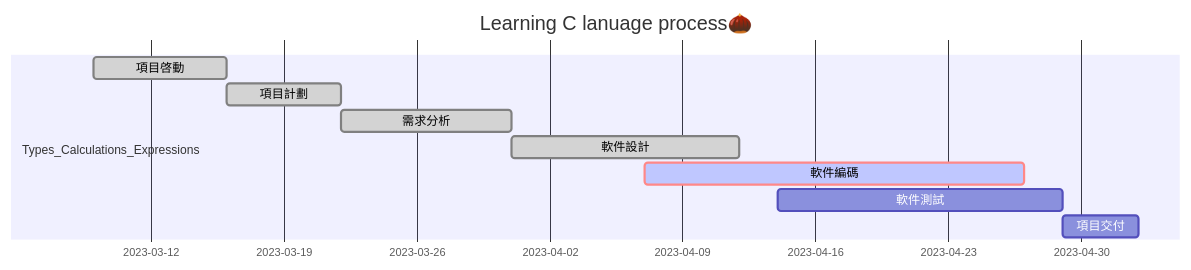
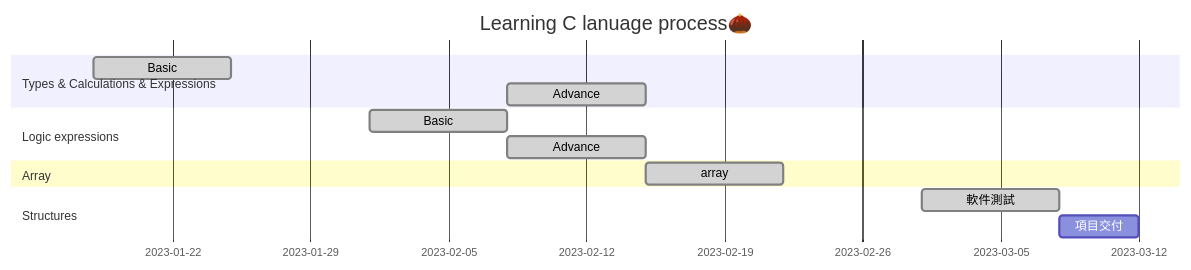
The diagram in README.md (AimeeWen1992/Learning-C), drawn with Mermaid before and after one commit.

````diff
--- a/README.md
+++ b/README.md
@@ -30,15 +30,18 @@
 ```mermaid
 gantt
 title Learning C lanuage process🌰
 
 dateFormat MM-DD
 
-section Types_Calculations_Expressions
-項目啓動 :done,des1,03-09,7d
-項目計劃 :done,des2,after des1,6d
-需求分析 :done,des3,after des2,9d
-軟件設計 :done,des4,after des3,12d
-軟件編碼 :crit,active,des5,04-07,20d
-軟件測試 :des6,04-14,15d
+section Types & Calculations & Expressions
+Basic :done,des1,01-18,7d
+Advance :done,des2,after des1,7d
+section Logic expressions
+Basic :done,des1,02-01,7d
+Advance :done,des2,after des1,7d
+section Array
+array :done,02-15,7d
+section Structures
+軟件測試 :done,03-01,7d
 項目交付 :des7,after des6,4d
 ```
````
